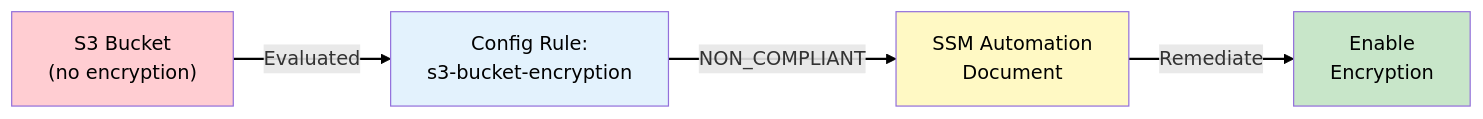
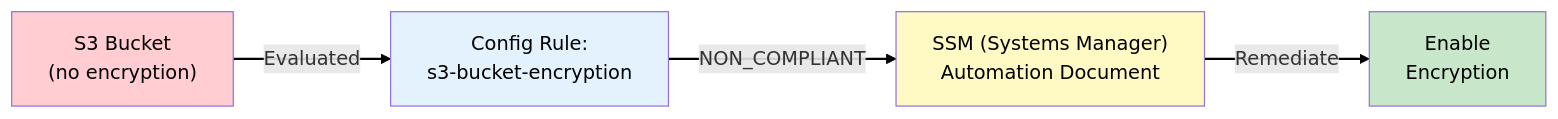
The seventh of 11 diagrams in docs/scenarios/medvault/phases/phase-4-logging-monitoring.md (benjaminhonorio/aws-architecting), drawn with Mermaid before and after one commit. The commit also changed other lines of this file and 6 other files, not shown here.

````diff
--- a/docs/scenarios/medvault/phases/phase-4-logging-monitoring.md
+++ b/docs/scenarios/medvault/phases/phase-4-logging-monitoring.md
@@ -287,17 +304,17 @@
 ```mermaid
 flowchart LR
     RESOURCE["S3 Bucket<br>(no encryption)"]
     RULE["Config Rule:<br>s3-bucket-encryption"]
-    SSM["SSM Automation<br>Document"]
+    SSM["SSM (Systems Manager)<br>Automation Document"]
     FIX["Enable<br>Encryption"]
 
     RESOURCE -->|"Evaluated"| RULE
     RULE -->|"NON_COMPLIANT"| SSM
     SSM -->|"Remediate"| FIX
 
     style RESOURCE fill:#ffcdd2,color:#000
     style RULE fill:#e3f2fd,color:#000
     style SSM fill:#fff9c4,color:#000
     style FIX fill:#c8e6c9,color:#000
     linkStyle default stroke:#000,stroke-width:2px
 ```
````
